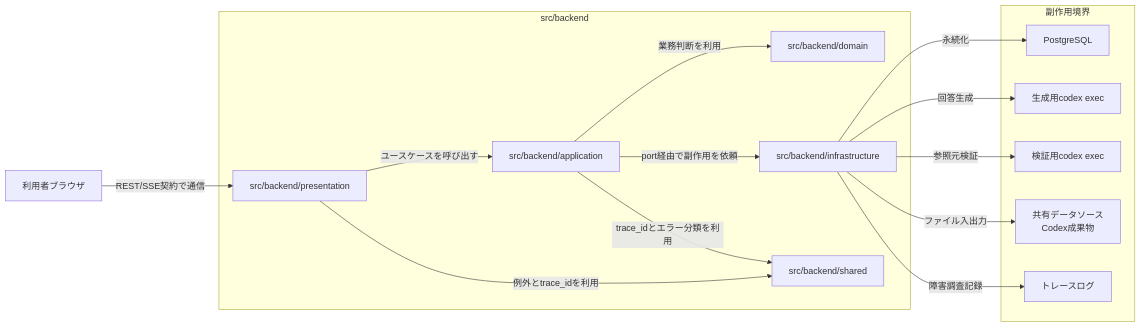
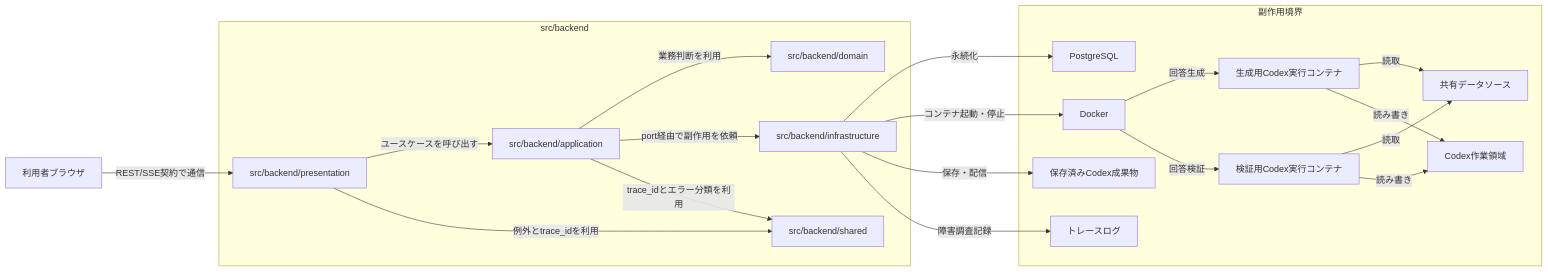
Before and after one commit to mincsys/D-Concierge: the first of 5 diagrams in docs/03_内部設計/01_アーキテクチャ設計/アーキテクチャ設計.md, drawn with Mermaid. The commit also changed other lines of this file and 136 other files, not shown here.

````diff
--- a/docs/03_内部設計/01_アーキテクチャ設計/アーキテクチャ設計.md
+++ b/docs/03_内部設計/01_アーキテクチャ設計/アーキテクチャ設計.md
@@ -83,32 +83,40 @@
 ```mermaid
 flowchart LR
     browser["利用者ブラウザ"]
 
     subgraph backend["src/backend"]
         presentation["src/backend/presentation"]
         application["src/backend/application"]
         domain["src/backend/domain"]
         infrastructure["src/backend/infrastructure"]
         shared["src/backend/shared"]
     end
 
     subgraph external_side_effects["副作用境界"]
         db["PostgreSQL"]
-        codex_gen["生成用codex exec"]
-        codex_val["検証用codex exec"]
-        files["共有データソース<br>Codex成果物"]
+        docker["Docker"]
+        codex_gen["生成用Codex実行コンテナ"]
+        codex_val["検証用Codex実行コンテナ"]
+        datasource["共有データソース"]
+        workdirs["Codex作業領域"]
+        artifacts["保存済みCodex成果物"]
         trace["トレースログ"]
     end
 
     browser -->|REST/SSE契約で通信| presentation
     presentation -->|ユースケースを呼び出す| application
     presentation -->|例外とtrace_idを利用| shared
     application -->|業務判断を利用| domain
     application -->|port経由で副作用を依頼| infrastructure
     application -->|trace_idとエラー分類を利用| shared
     infrastructure -->|永続化| db
-    infrastructure -->|回答生成| codex_gen
-    infrastructure -->|参照元検証| codex_val
-    infrastructure -->|ファイル入出力| files
+    infrastructure -->|コンテナ起動・停止| docker
+    docker -->|回答生成| codex_gen
+    docker -->|回答検証| codex_val
+    codex_gen -->|読取| datasource
+    codex_val -->|読取| datasource
+    codex_gen -->|読み書き| workdirs
+    codex_val -->|読み書き| workdirs
+    infrastructure -->|保存・配信| artifacts
     infrastructure -->|障害調査記録| trace
 ```
````
